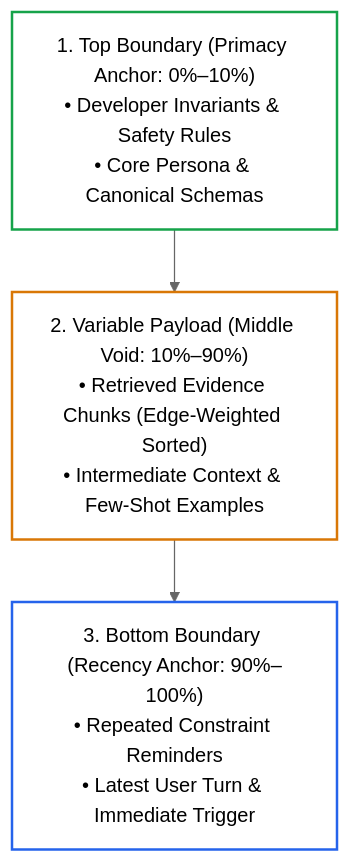
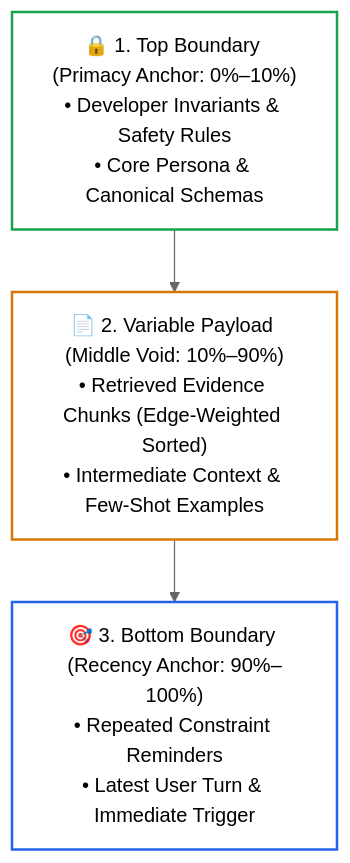
One commit to dip4k/senior-engineer-to-ai-engineer-roadmap changed the second of 2 diagrams in 01-prompt-and-context-engineering/05-mecw-and-context-rot.md. Above: the diagram before and after it, drawn with Mermaid (neutral theme). The commit also changed other lines of this file and 39 other files, not shown here.

First line of the commit message:
feat(curriculum): upgrade mermaid diagrams with unicode icons & codify anti-bloat layout rules

````diff
--- a/01-prompt-and-context-engineering/05-mecw-and-context-rot.md
+++ b/01-prompt-and-context-engineering/05-mecw-and-context-rot.md
@@ -156,9 +156,9 @@
 ```mermaid
 flowchart TD
-    Top["1. Top Boundary (Primacy Anchor: 0%–10%)<br>• Developer Invariants & Safety Rules<br>• Core Persona & Canonical Schemas"] --> Middle["2. Variable Payload (Middle Void: 10%–90%)<br>• Retrieved Evidence Chunks (Edge-Weighted Sorted)<br>• Intermediate Context & Few-Shot Examples"]
-    Middle --> Bottom["3. Bottom Boundary (Recency Anchor: 90%–100%)<br>• Repeated Constraint Reminders<br>• Latest User Turn & Immediate Trigger"]
+    Top["🔒 1. Top Boundary (Primacy Anchor: 0%–10%)<br>• Developer Invariants & Safety Rules<br>• Core Persona & Canonical Schemas"] --> Middle["📄 2. Variable Payload (Middle Void: 10%–90%)<br>• Retrieved Evidence Chunks (Edge-Weighted Sorted)<br>• Intermediate Context & Few-Shot Examples"]
+    Middle --> Bottom["🎯 3. Bottom Boundary (Recency Anchor: 90%–100%)<br>• Repeated Constraint Reminders<br>• Latest User Turn & Immediate Trigger"]
 
     style Top fill:none,stroke:#16a34a,stroke-width:2px
     style Middle fill:none,stroke:#d97706,stroke-width:2px
     style Bottom fill:none,stroke:#2563eb,stroke-width:2px
 ```
````
